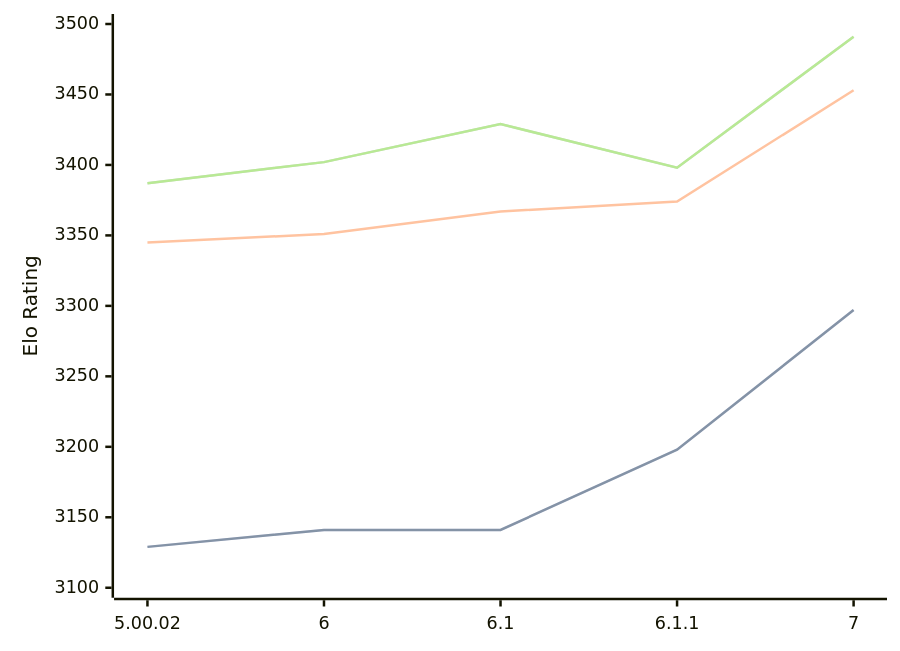
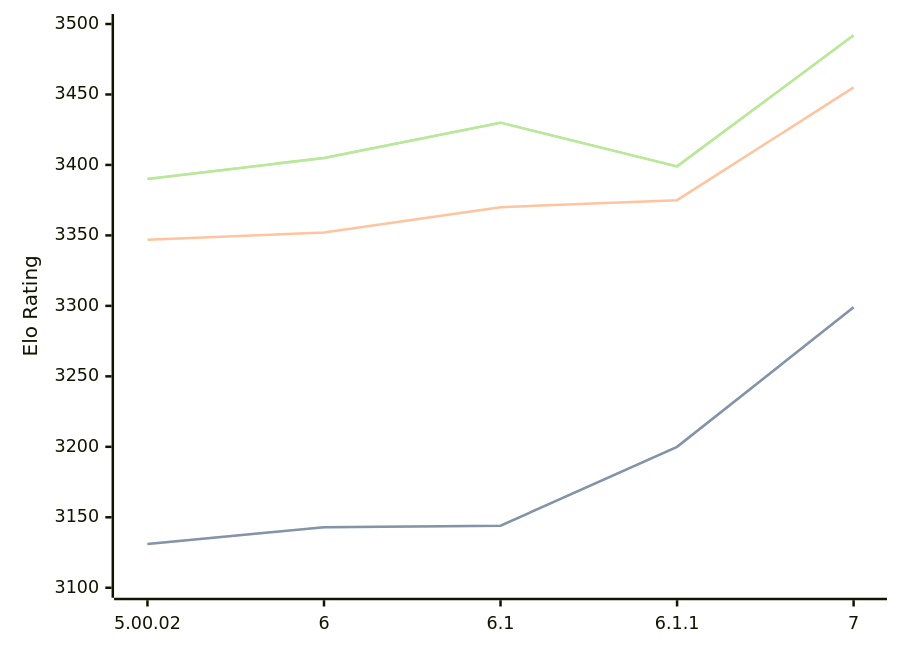
The diagram in engines/Zangdar.md (computer-chess-index/cci), drawn with Mermaid before and after one commit. The commit also changed other lines of this file, not shown here.

Commit message:
Update CCI Ratings (ELO VLTC) - 2026-08-23

````diff
--- a/engines/Zangdar.md
+++ b/engines/Zangdar.md
@@ -35,11 +35,11 @@
 ```mermaid
 %%{init: {"theme":"base","themeVariables":{"seriesColors:['#a3a3a3','#222221','#faa371']}}}%%
 xychart-beta
   x-axis ["5.00.02", "6", "6.1", "6.1.1", "7"]
   y-axis "Elo Rating" 3100 --> 3500
-  line "STC (8.0+0.08s)" [3129, 3141, 3141, 3198, 3297]
-  line "STC (8.0+0.08s)" [3129, 3141, 3141, 3198, 3297]
-  line "LTC (60.0+0.60s)" [3345, 3351, 3367, 3374, 3453]
-  line "VLTC (2m24s+1.12s)" [3387, 3402, 3429, 3398, 3491]
-  line "VLTC (2m24s+1.12s)" [3387, 3402, 3429, 3398, 3491]
+  line "STC (8.0+0.08s)" [3131, 3143, 3144, 3200, 3299]
+  line "STC (8.0+0.08s)" [3131, 3143, 3144, 3200, 3299]
+  line "LTC (60.0+0.60s)" [3347, 3352, 3370, 3375, 3455]
+  line "VLTC (2m24s+1.12s)" [3390, 3405, 3430, 3399, 3492]
+  line "VLTC (2m24s+1.12s)" [3390, 3405, 3430, 3399, 3492]
 ```
````
